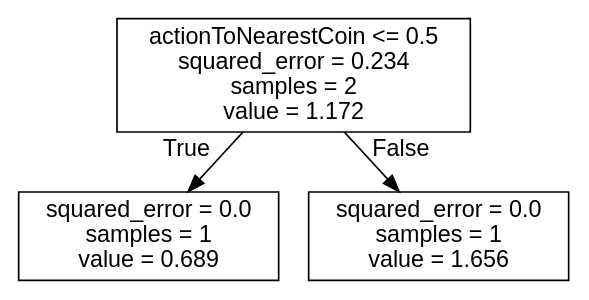
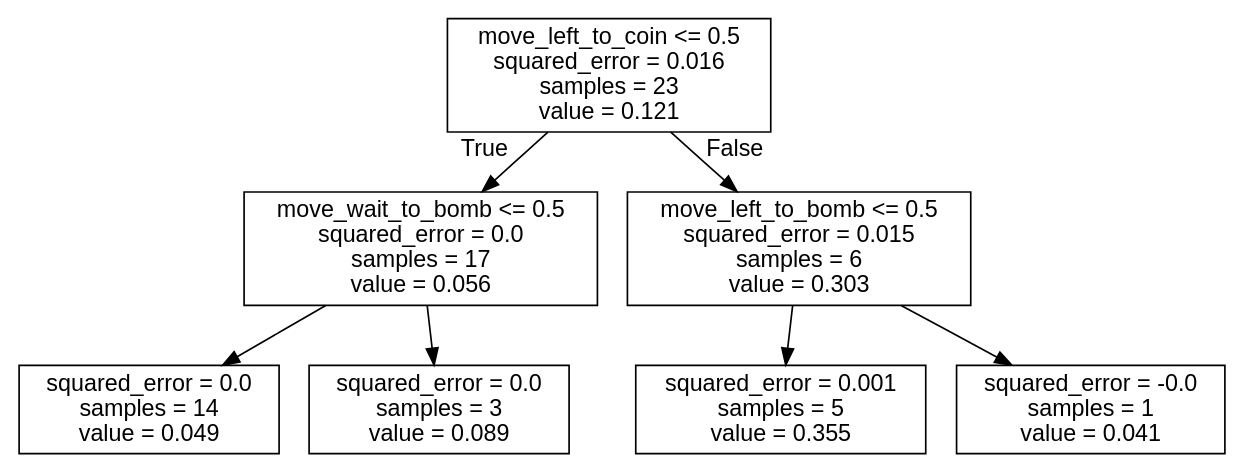
One commit to J-Gann/FML changed the diagram in bomberman_rl/agent_code/my_agent/trees/LEFT.dot. Above: the diagram before and after it, drawn with Graphviz. The commit also changed 13 other files, not shown here.

```diff
--- a/bomberman_rl/agent_code/my_agent/trees/LEFT.dot
+++ b/bomberman_rl/agent_code/my_agent/trees/LEFT.dot
@@ -1,9 +1,17 @@
 digraph Tree {
 node [shape=box, fontname="helvetica"] ;
 edge [fontname="helvetica"] ;
-0 [label="actionToNearestCoin <= 0.5\nsquared_error = 0.234\nsamples = 2\nvalue = 1.172"] ;
-1 [label="squared_error = 0.0\nsamples = 1\nvalue = 0.689"] ;
+0 [label="move_left_to_coin <= 0.5\nsquared_error = 0.016\nsamples = 23\nvalue = 0.121"] ;
+1 [label="move_wait_to_bomb <= 0.5\nsquared_error = 0.0\nsamples = 17\nvalue = 0.056"] ;
 0 -> 1 [labeldistance=2.5, labelangle=45, headlabel="True"] ;
-2 [label="squared_error = 0.0\nsamples = 1\nvalue = 1.656"] ;
-0 -> 2 [labeldistance=2.5, labelangle=-45, headlabel="False"] ;
+2 [label="squared_error = 0.0\nsamples = 14\nvalue = 0.049"] ;
+1 -> 2 ;
+3 [label="squared_error = 0.0\nsamples = 3\nvalue = 0.089"] ;
+1 -> 3 ;
+4 [label="move_left_to_bomb <= 0.5\nsquared_error = 0.015\nsamples = 6\nvalue = 0.303"] ;
+0 -> 4 [labeldistance=2.5, labelangle=-45, headlabel="False"] ;
+5 [label="squared_error = 0.001\nsamples = 5\nvalue = 0.355"] ;
+4 -> 5 ;
+6 [label="squared_error = -0.0\nsamples = 1\nvalue = 0.041"] ;
+4 -> 6 ;
 }
```
